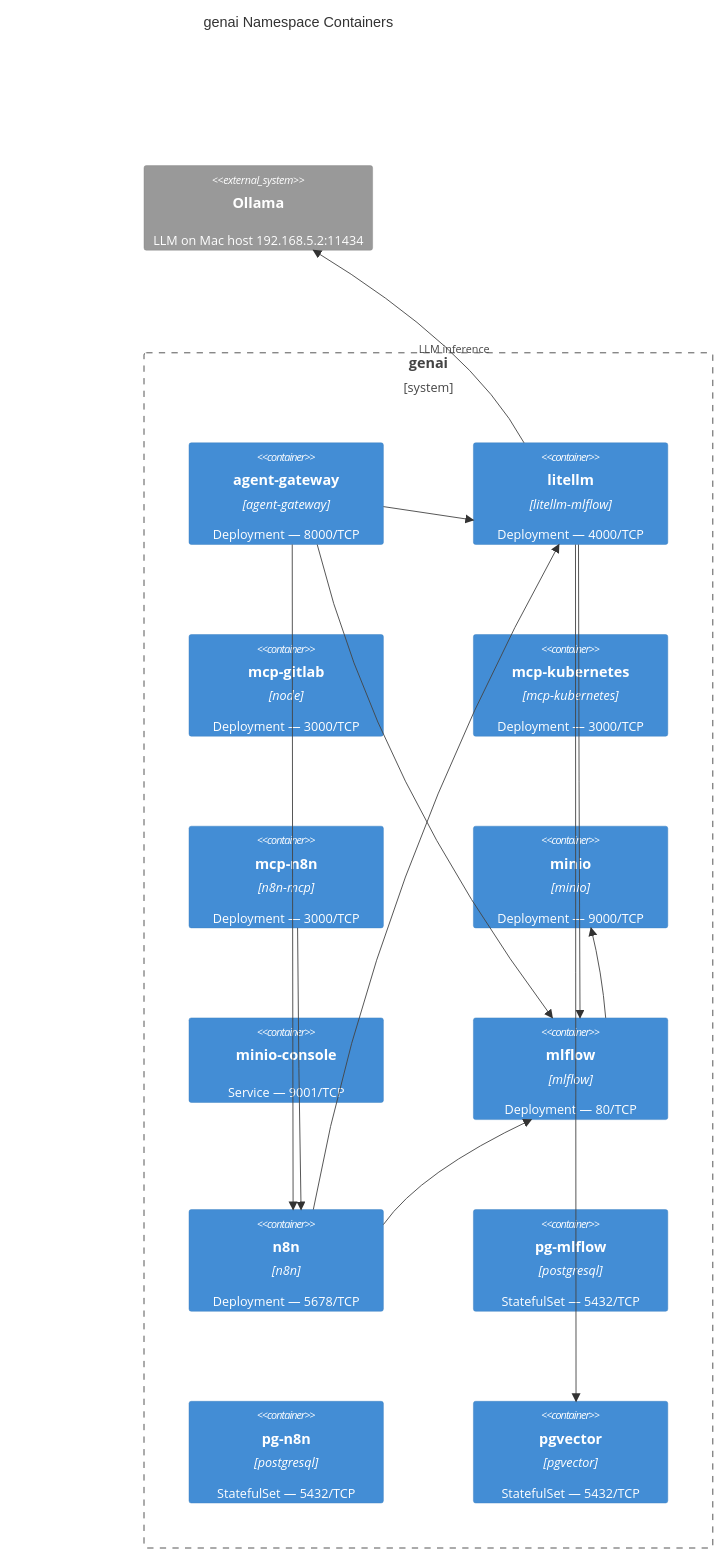
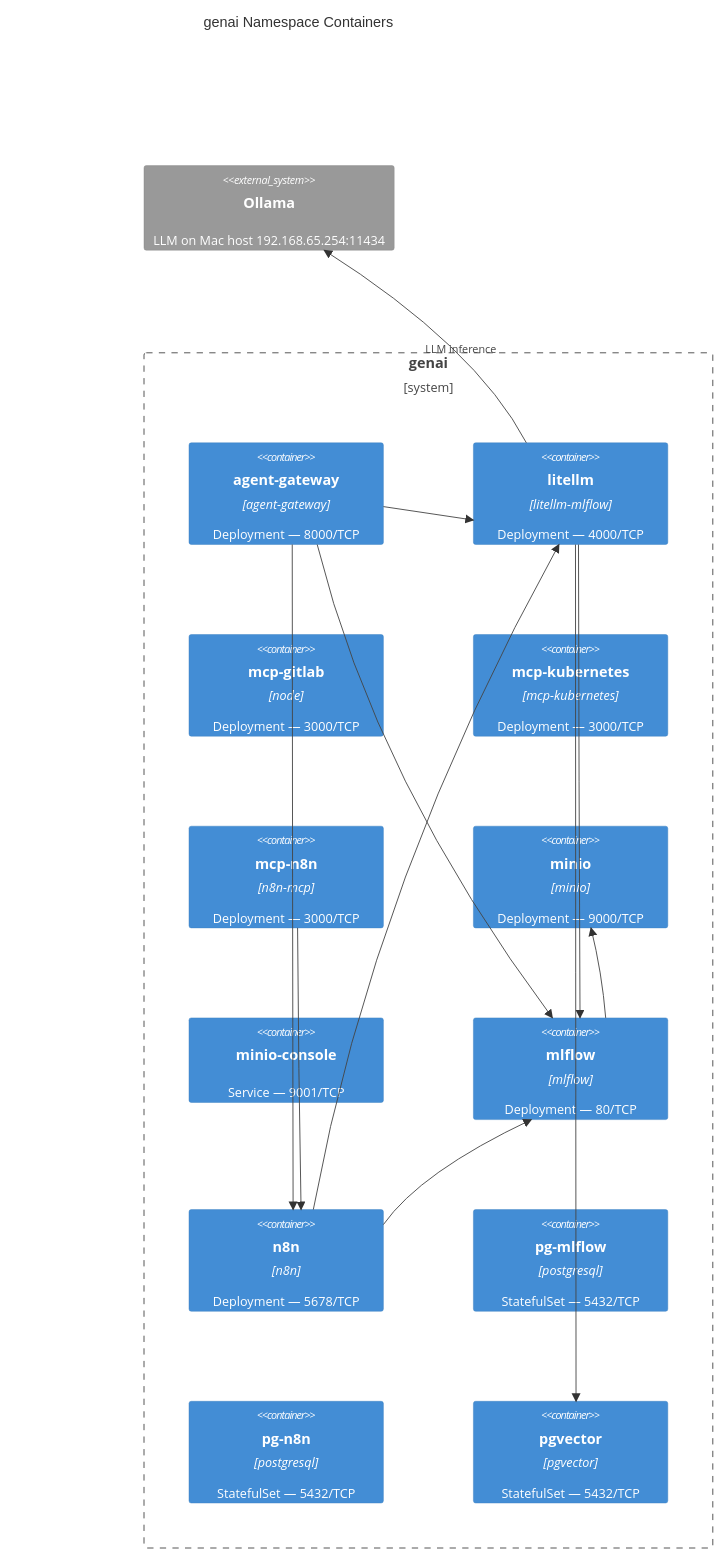
One commit to r-aas/platform_monorepo changed the diagram in docs/architecture/c4-containers-genai.mmd. Above: the diagram before and after it, drawn with Mermaid. The commit also changed 23 other files, not shown here.

```diff
--- a/docs/architecture/c4-containers-genai.mmd
+++ b/docs/architecture/c4-containers-genai.mmd
@@ -1,33 +1,33 @@
 %% C4 Container Diagram — genai namespace
 %% Auto-generated from live k3d cluster
 %% Re-generate: task arch:containers
 C4Container
   title genai Namespace Containers
 
   Boundary(ns_genai, "genai") {
     Container(genai_agent_gateway, "agent-gateway", "agent-gateway", "Deployment — 8000/TCP")
     Container(genai_litellm, "litellm", "litellm-mlflow", "Deployment — 4000/TCP")
     Container(genai_mcp_gitlab, "mcp-gitlab", "node", "Deployment — 3000/TCP")
     Container(genai_mcp_kubernetes, "mcp-kubernetes", "mcp-kubernetes", "Deployment — 3000/TCP")
     Container(genai_mcp_n8n, "mcp-n8n", "n8n-mcp", "Deployment — 3000/TCP")
     Container(genai_minio, "minio", "minio", "Deployment — 9000/TCP")
     Container(genai_minio_console, "minio-console", "", "Service — 9001/TCP")
     Container(genai_mlflow, "mlflow", "mlflow", "Deployment — 80/TCP")
     Container(genai_n8n, "n8n", "n8n", "Deployment — 5678/TCP")
     Container(genai_pg_mlflow, "pg-mlflow", "postgresql", "StatefulSet — 5432/TCP")
     Container(genai_pg_n8n, "pg-n8n", "postgresql", "StatefulSet — 5432/TCP")
     Container(genai_pgvector, "pgvector", "pgvector", "StatefulSet — 5432/TCP")
   }
 
-  System_Ext(ollama, "Ollama", "LLM on Mac host 192.168.5.2:11434")
+  System_Ext(ollama, "Ollama", "LLM on Mac host 192.168.65.254:11434")
 
   Rel(genai_agent_gateway, genai_litellm, "")
   Rel(genai_agent_gateway, genai_mlflow, "")
   Rel(genai_agent_gateway, genai_n8n, "")
   Rel(genai_litellm, genai_mlflow, "")
   Rel(genai_litellm, genai_pgvector, "")
   Rel(genai_mcp_n8n, genai_n8n, "")
   Rel(genai_mlflow, genai_minio, "")
   Rel(genai_n8n, genai_litellm, "")
   Rel(genai_n8n, genai_mlflow, "")
   Rel(genai_litellm, ollama, "LLM inference")
```
